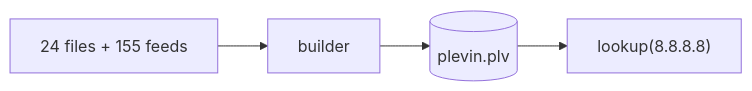
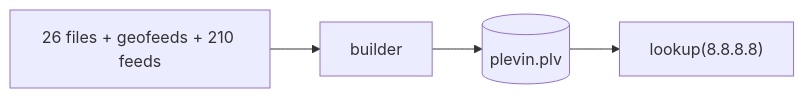
The first of 5 diagrams in builder/README.md (tn3w/plevin), drawn with Mermaid before and after one commit. The commit also changed other lines of this file and 23 other files, not shown here.

Commit message:
feat: enrich builder with operator geofeeds, DB-IP voting, LACNIC operator locations, 55 new feeds and a new abuse.threat field, fix Tor exit detection, and damp reports on trusted CDN and crawler ranges

````diff
--- a/builder/README.md
+++ b/builder/README.md
@@ -21,4 +21,4 @@
 ```mermaid
 flowchart LR
-    S["24 files + 155 feeds"] --> B[builder] --> D[("plevin.plv")] --> Q["lookup(8.8.8.8)"]
+    S["26 files + geofeeds + 210 feeds"] --> B[builder] --> D[("plevin.plv")] --> Q["lookup(8.8.8.8)"]
 ```
````
